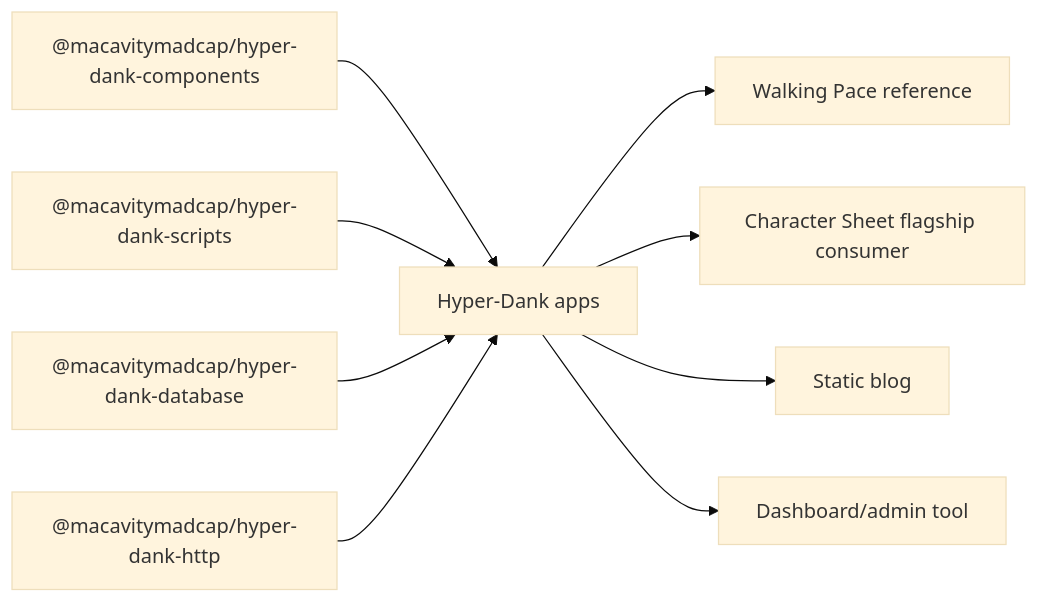
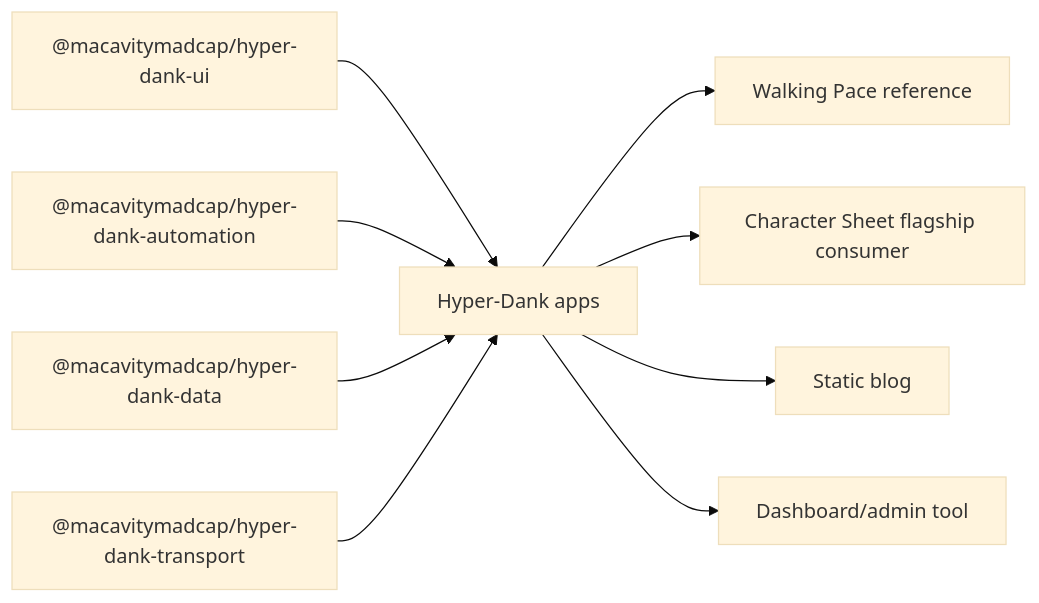
One commit to Macavitymadcap/hyper-dank changed the diagram in docs/epics/pace-0031.md. Above: the diagram before and after it, drawn with Mermaid (base theme). The commit also changed other lines of this file and 66 other files, not shown here.

First line of the commit message:
feat!: rename Hyper-Dank packages

````diff
--- a/docs/epics/pace-0031.md
+++ b/docs/epics/pace-0031.md
@@ -71,11 +71,11 @@
 ```mermaid
 flowchart LR
-  Components["@macavitymadcap/hyper-dank-components"] --> Apps["Hyper-Dank apps"]
-  Scripts["@macavitymadcap/hyper-dank-scripts"] --> Apps
-  Database["@macavitymadcap/hyper-dank-database"] --> Apps
-  Http["@macavitymadcap/hyper-dank-http"] --> Apps
+  Components["@macavitymadcap/hyper-dank-ui"] --> Apps["Hyper-Dank apps"]
+  Scripts["@macavitymadcap/hyper-dank-automation"] --> Apps
+  Database["@macavitymadcap/hyper-dank-data"] --> Apps
+  Http["@macavitymadcap/hyper-dank-transport"] --> Apps
   Apps --> Pace["Walking Pace reference"]
   Apps --> Sheet["Character Sheet flagship consumer"]
   Apps --> Blog["Static blog"]
   Apps --> Dashboard["Dashboard/admin tool"]
 ```
````
